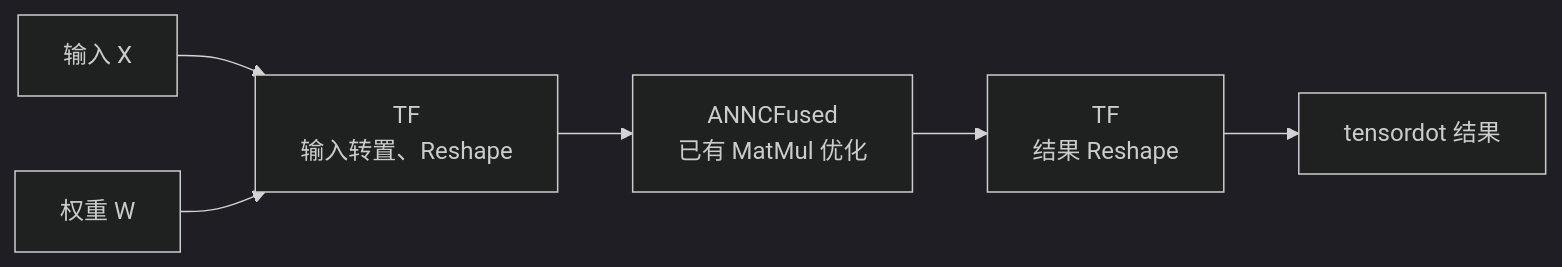
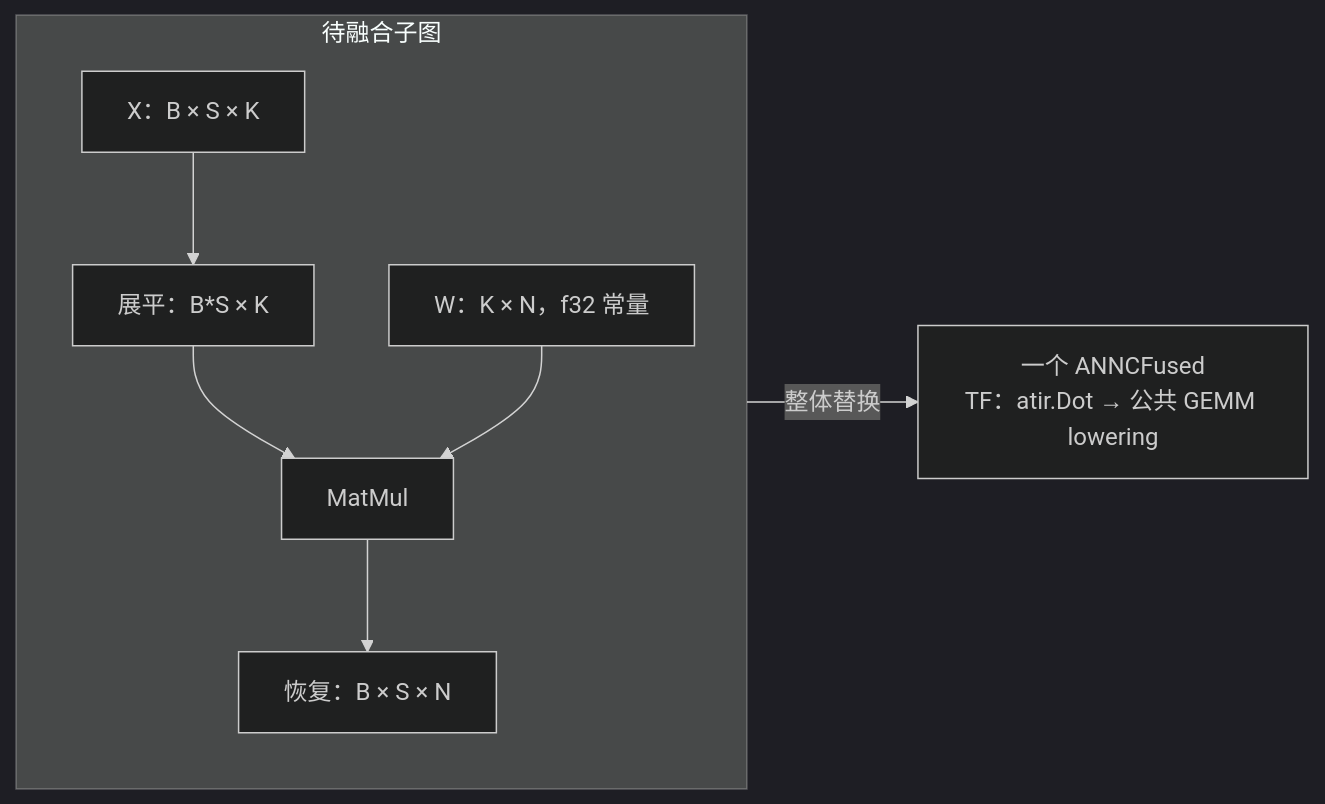
The third of 3 diagrams in docs/design/tensorflow-1-15-support/overall.md (openeuler-mirror/ANNC), drawn with Mermaid (dark theme) before and after one commit. The commit also changed other lines of this file and 13 other files, not shown here.

````diff
--- a/docs/design/tensorflow-1-15-support/overall.md
+++ b/docs/design/tensorflow-1-15-support/overall.md
@@ -228,8 +138,10 @@
 ```mermaid
 flowchart LR
-  X["输入 X"] --> Prepare["TF<br/>输入转置、Reshape"]
-  W["权重 W"] --> Prepare
-  Prepare --> Fused["ANNCFused<br/>已有 MatMul 优化"]
-  Fused --> Restore["TF<br/>结果 Reshape"]
-  Restore --> Y["tensordot 结果"]
+  subgraph Pattern["待融合子图"]
+  X["X：B × S × K"] --> Flat["展平：B*S × K"]
+  Flat --> Matmul["MatMul"]
+  W["W：K × N，f32 常量"] --> Matmul
+  Matmul --> Restore["恢复：B × S × N"]
+  end
+  Pattern -->|"整体替换"| Fused["一个 ANNCFused<br/>TF：atir.Dot → 公共 GEMM lowering"]
 ```
````
